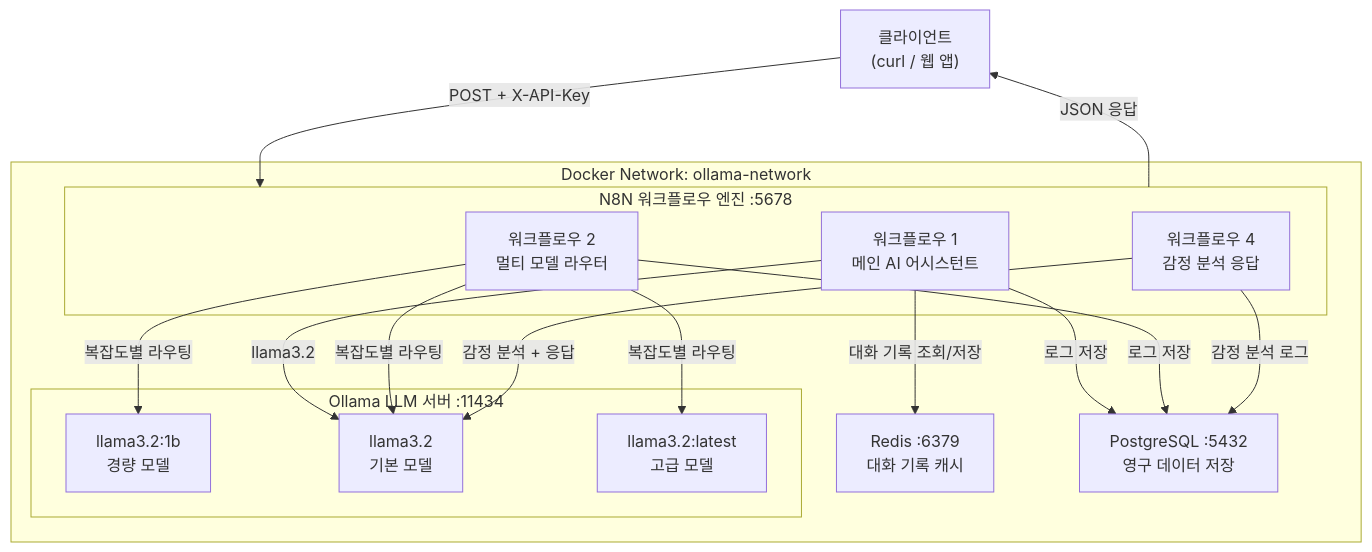
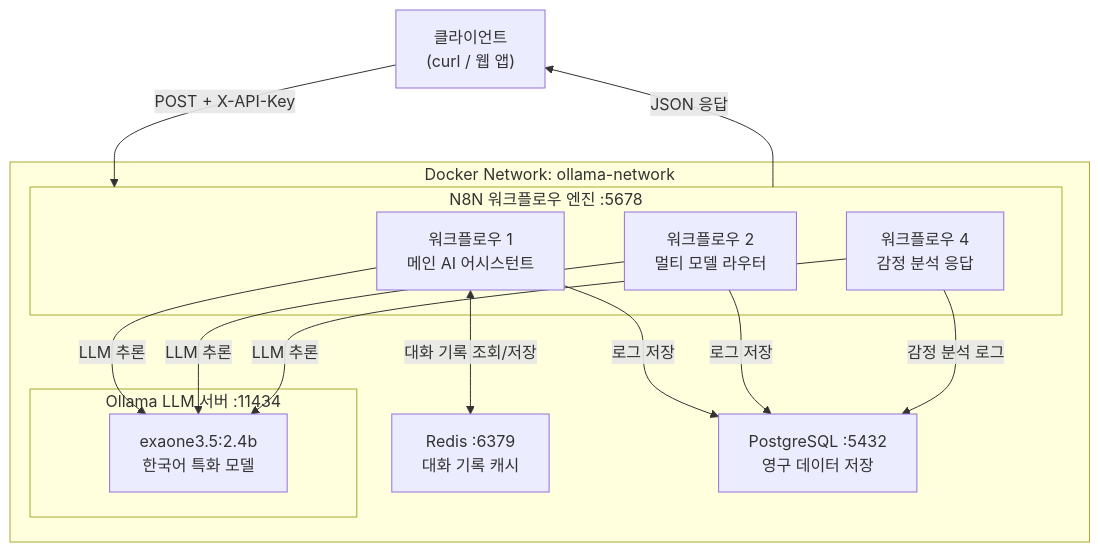
Before and after one commit to Userlsj-project/local-ai-platform: the diagram in README.md, drawn with Mermaid. The commit also changed other lines of this file and 6 other files, not shown here.

First line of the commit message:
feat: EXAONE 3.5 모델 적용 및 아키텍처 다이어그램 추가

````diff
--- a/README.md
+++ b/README.md
@@ -45,33 +64,27 @@
 ```mermaid
 graph TB
     Client["클라이언트<br/>(curl / 웹 앱)"]
 
     subgraph DockerNet["Docker Network: ollama-network"]
         subgraph N8N_Block["N8N 워크플로우 엔진 :5678"]
             WF1["워크플로우 1<br/>메인 AI 어시스턴트"]
             WF2["워크플로우 2<br/>멀티 모델 라우터"]
             WF4["워크플로우 4<br/>감정 분석 응답"]
         end
 
         subgraph Ollama_Block["Ollama LLM 서버 :11434"]
-            M1["llama3.2:1b<br/>경량 모델"]
-            M2["llama3.2<br/>기본 모델"]
-            M3["llama3.2:latest<br/>고급 모델"]
+            M1["exaone3.5:2.4b<br/>한국어 특화 모델"]
         end
 
         Redis["Redis :6379<br/>대화 기록 캐시"]
         Postgres["PostgreSQL :5432<br/>영구 데이터 저장"]
     end
 
     Client -->|"POST + X-API-Key"| N8N_Block
-    WF1 -->|"대화 기록 조회/저장"| Redis
+    WF1 <-->|"대화 기록 조회/저장"| Redis
     WF1 -->|"로그 저장"| Postgres
     WF2 -->|"로그 저장"| Postgres
     WF4 -->|"감정 분석 로그"| Postgres
-    WF1 -->|"llama3.2"| M2
-    WF2 -->|"복잡도별 라우팅"| M1
-    WF2 -->|"복잡도별 라우팅"| M2
-    WF2 -->|"복잡도별 라우팅"| M3
-    WF4 -->|"감정 분석 + 응답"| M2
+    WF1 & WF2 & WF4 -->|"LLM 추론"| M1
     N8N_Block -->|"JSON 응답"| Client
 ```
````
